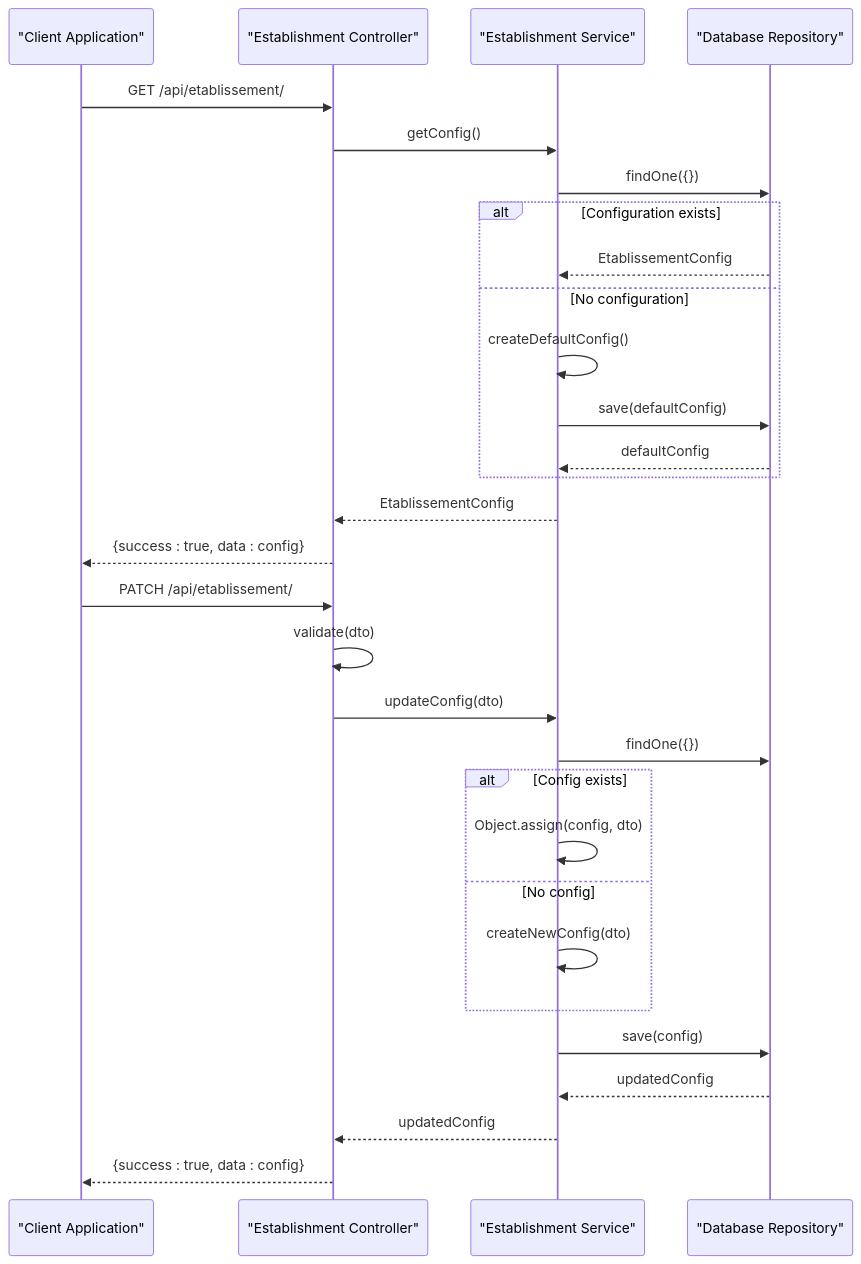
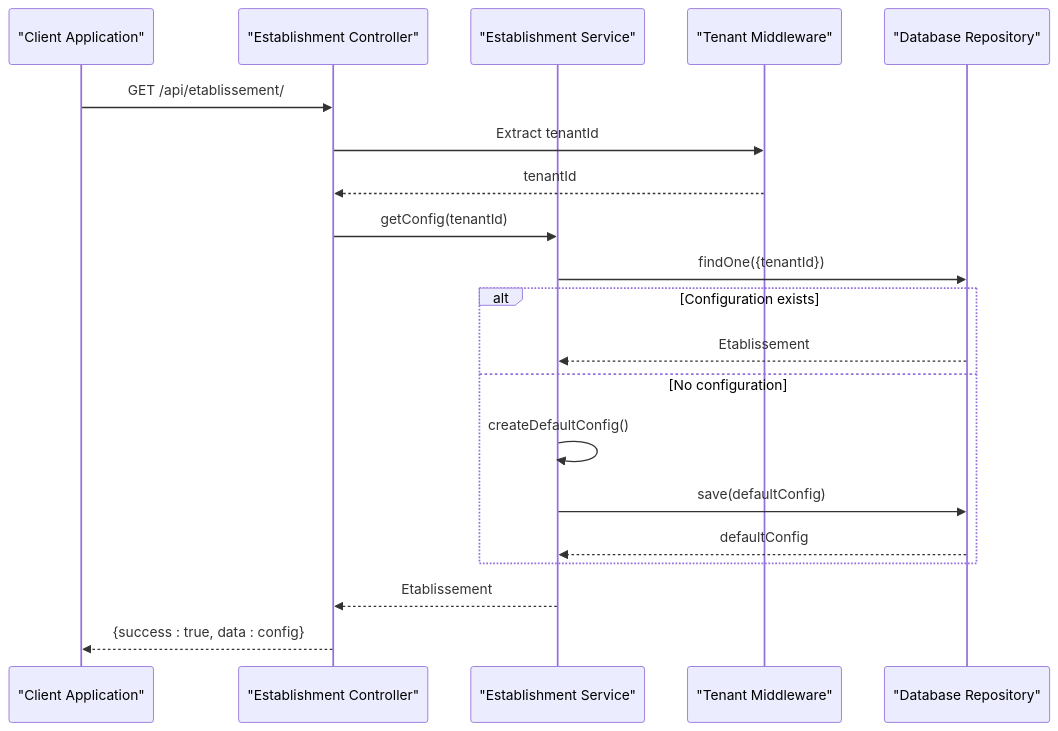
The fourth of 11 diagrams in .qoder/repowiki/en/content/Modules & Features/Administrative Modules/Establishment Management.md (franckylab/eLISAschool), drawn with Mermaid before and after one commit. The commit also changed other lines of this file and 126 other files, not shown here.

````diff
--- a/.qoder/repowiki/en/content/Modules & Features/Administrative Modules/Establishment Management.md
+++ b/.qoder/repowiki/en/content/Modules & Features/Administrative Modules/Establishment Management.md
@@ -138,32 +210,22 @@
 ```mermaid
 sequenceDiagram
 participant Client as "Client Application"
 participant Controller as "Establishment Controller"
 participant Service as "Establishment Service"
+participant TenantMW as "Tenant Middleware"
 participant Repository as "Database Repository"
 Client->>Controller : GET /api/etablissement/
-Controller->>Service : getConfig()
-Service->>Repository : findOne({})
+Controller->>TenantMW : Extract tenantId
+TenantMW-->>Controller : tenantId
+Controller->>Service : getConfig(tenantId)
+Service->>Repository : findOne({tenantId})
 alt Configuration exists
-Repository-->>Service : EtablissementConfig
+Repository-->>Service : Etablissement
 else No configuration
 Service->>Service : createDefaultConfig()
 Service->>Repository : save(defaultConfig)
 Repository-->>Service : defaultConfig
 end
-Service-->>Controller : EtablissementConfig
-Controller-->>Client : {success : true, data : config}
-Client->>Controller : PATCH /api/etablissement/
-Controller->>Controller : validate(dto)
-Controller->>Service : updateConfig(dto)
-Service->>Repository : findOne({})
-alt Config exists
-Service->>Service : Object.assign(config, dto)
-else No config
-Service->>Service : createNewConfig(dto)
-end
-Service->>Repository : save(config)
-Repository-->>Service : updatedConfig
-Service-->>Controller : updatedConfig
+Service-->>Controller : Etablissement
 Controller-->>Client : {success : true, data : config}
 ```
````
